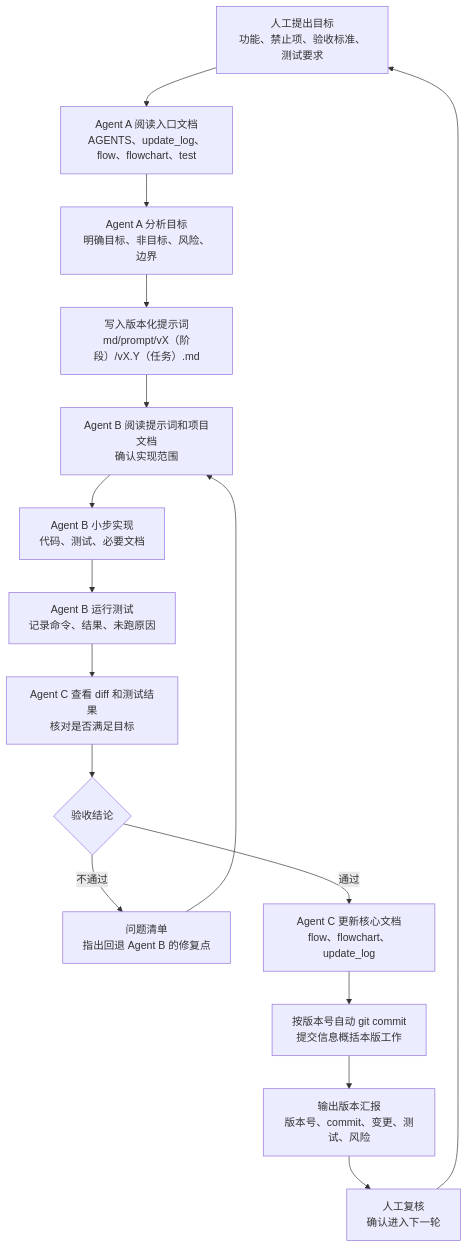
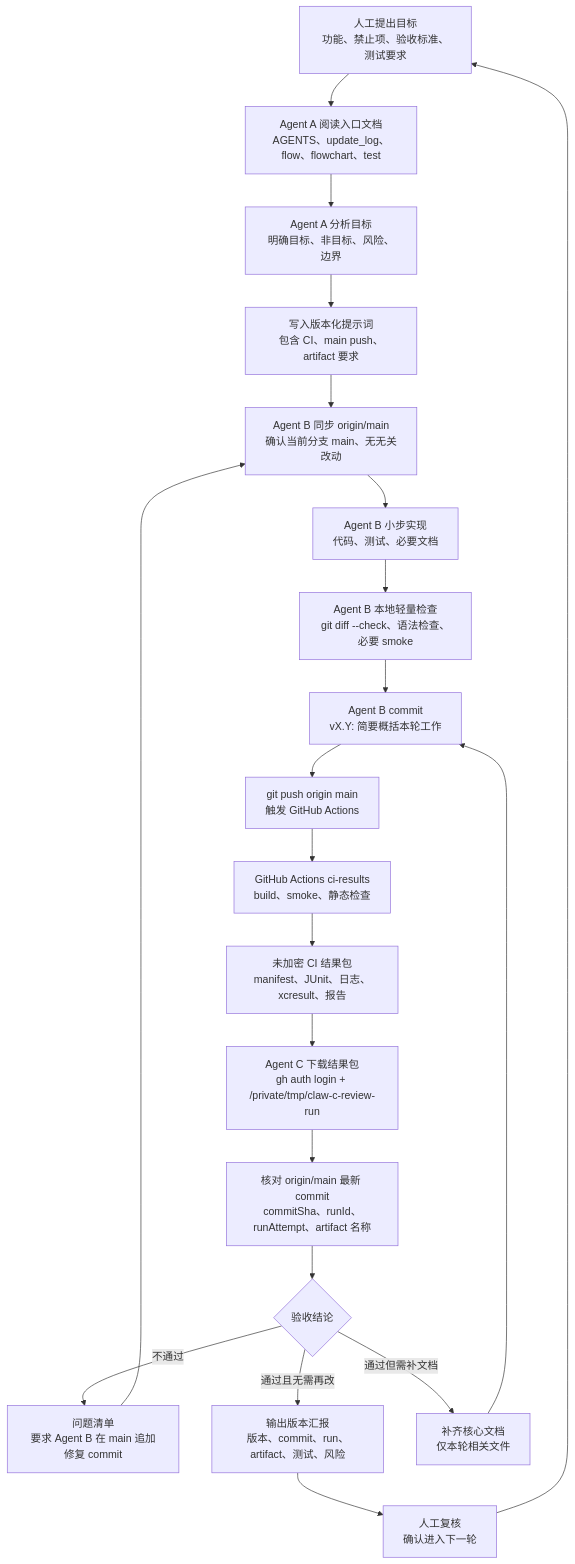
The third of 3 diagrams in md/flow/flowchart.md (Altman-sam114/115), drawn with Mermaid before and after one commit. The commit also changed other lines of this file and 7 other files, not shown here.

````diff
--- a/md/flow/flowchart.md
+++ b/md/flow/flowchart.md
@@ -67,18 +67,23 @@
 ```mermaid
 flowchart TD
   H["人工提出目标<br/>功能、禁止项、验收标准、测试要求"] --> A0["Agent A 阅读入口文档<br/>AGENTS、update_log、flow、flowchart、test"]
   A0 --> A1["Agent A 分析目标<br/>明确目标、非目标、风险、边界"]
-  A1 --> PFILE["写入版本化提示词<br/>md/prompt/vX（阶段）/vX.Y（任务）.md"]
-  PFILE --> B0["Agent B 阅读提示词和项目文档<br/>确认实现范围"]
+  A1 --> PFILE["写入版本化提示词<br/>包含 CI、main push、artifact 要求"]
+  PFILE --> B0["Agent B 同步 origin/main<br/>确认当前分支 main、无无关改动"]
   B0 --> B1["Agent B 小步实现<br/>代码、测试、必要文档"]
-  B1 --> B2["Agent B 运行测试<br/>记录命令、结果、未跑原因"]
-  B2 --> C0["Agent C 查看 diff 和测试结果<br/>核对是否满足目标"]
-  C0 --> C1{"验收结论"}
-  C1 -->|不通过| FIX["问题清单<br/>指出回退 Agent B 的修复点"]
+  B1 --> B2["Agent B 本地轻量检查<br/>git diff --check、语法检查、必要 smoke"]
+  B2 --> B3["Agent B commit<br/>vX.Y: 简要概括本轮工作"]
+  B3 --> PUSH["git push origin main<br/>触发 GitHub Actions"]
+  PUSH --> CI["GitHub Actions ci-results<br/>build、smoke、静态检查"]
+  CI --> ART["未加密 CI 结果包<br/>manifest、JUnit、日志、xcresult、报告"]
+  ART --> C0["Agent C 下载结果包<br/>gh auth login + /private/tmp/claw-c-review-run"]
+  C0 --> C2["核对 origin/main 最新 commit<br/>commitSha、runId、runAttempt、artifact 名称"]
+  C2 --> C1{"验收结论"}
+  C1 -->|不通过| FIX["问题清单<br/>要求 Agent B 在 main 追加修复 commit"]
   FIX --> B0
-  C1 -->|通过| DOC["Agent C 更新核心文档<br/>flow、flowchart、update_log"]
-  DOC --> COMMIT["按版本号自动 git commit<br/>提交信息概括本版工作"]
-  COMMIT --> REPORT["输出版本汇报<br/>版本号、commit、变更、测试、风险"]
+  C1 -->|通过且无需再改| REPORT["输出版本汇报<br/>版本、commit、run、artifact、测试、风险"]
+  C1 -->|通过但需补文档| DOC["补齐核心文档<br/>仅本轮相关文件"]
+  DOC --> B3
   REPORT --> HR["人工复核<br/>确认进入下一轮"]
   HR --> H
 ```
````
